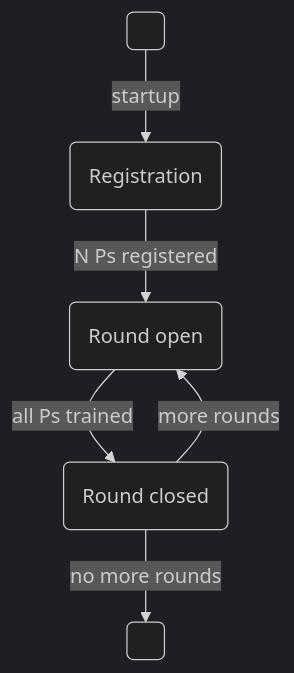
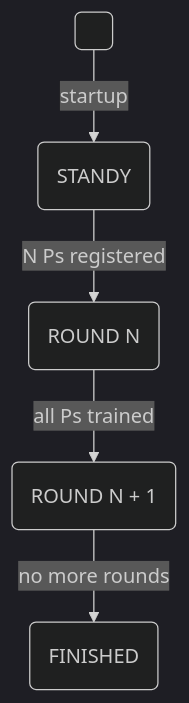
The first of 3 diagrams in docs/network_architecture.rst (xaynetwork/xaynet), drawn with Mermaid (dark theme) before and after one commit. The commit also changed other lines of this file, not shown here.

```diff
--- a/docs/network_architecture.rst
+++ b/docs/network_architecture.rst
@@ -256,8 +257,7 @@
 .. mermaid::
 
     graph TB
-    A( ) -->|startup| B(Registration)
-    B -->|N Ps registered| C(Round open)
-    C -->|all Ps trained| D(Round closed)
-    D -->|more rounds| C
-    D -->|no more rounds| E( )
+    A( ) -->|startup| B(STANDY)
+    B -->|N Ps registered| C(ROUND N)
+    C -->|all Ps trained| D(ROUND N + 1)
+    D -->|no more rounds| E(FINISHED)
```
